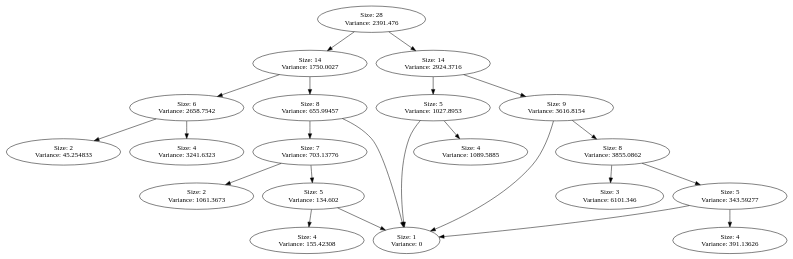
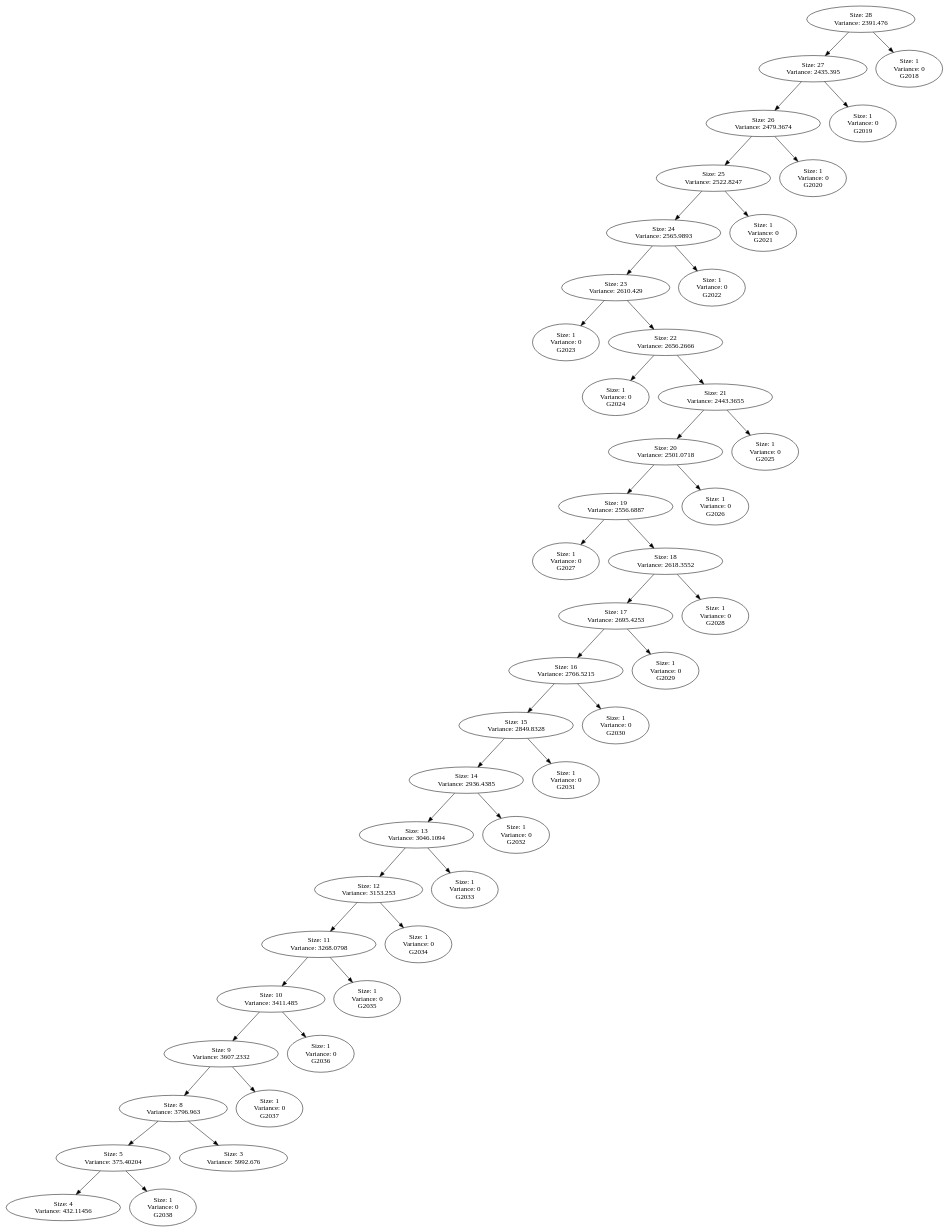
The diagram in src/dot/COCOMO81E.dot (abutcher/compass), drawn with Graphviz before and after one commit. The commit also changed 38 other files, not shown here.

```diff
--- a/src/dot/COCOMO81E.dot
+++ b/src/dot/COCOMO81E.dot
@@ -1,24 +1,46 @@
 DIGRAPH G {
-"Size: 28\nVariance: 2391.476" -> "Size: 14\nVariance: 1750.0027" L=0;
-"Size: 28\nVariance: 2391.476" -> "Size: 14\nVariance: 2924.3716" L=0;
-"Size: 14\nVariance: 1750.0027" -> "Size: 6\nVariance: 2658.7542" L=1;
-"Size: 14\nVariance: 1750.0027" -> "Size: 8\nVariance: 655.99457" L=1;
-"Size: 6\nVariance: 2658.7542" -> "Size: 2\nVariance: 45.254833" L=2;
-"Size: 6\nVariance: 2658.7542" -> "Size: 4\nVariance: 3241.6323" L=2;
-"Size: 8\nVariance: 655.99457" -> "Size: 7\nVariance: 703.13776" L=2;
-"Size: 8\nVariance: 655.99457" -> "Size: 1\nVariance: 0" L=2;
-"Size: 7\nVariance: 703.13776" -> "Size: 2\nVariance: 1061.3673" L=3;
-"Size: 7\nVariance: 703.13776" -> "Size: 5\nVariance: 134.602" L=3;
-"Size: 5\nVariance: 134.602" -> "Size: 1\nVariance: 0" L=4;
-"Size: 5\nVariance: 134.602" -> "Size: 4\nVariance: 155.42308" L=4;
-"Size: 14\nVariance: 2924.3716" -> "Size: 5\nVariance: 1027.8953" L=1;
-"Size: 14\nVariance: 2924.3716" -> "Size: 9\nVariance: 3616.8154" L=1;
-"Size: 5\nVariance: 1027.8953" -> "Size: 4\nVariance: 1089.5885" L=2;
-"Size: 5\nVariance: 1027.8953" -> "Size: 1\nVariance: 0" L=2;
-"Size: 9\nVariance: 3616.8154" -> "Size: 8\nVariance: 3855.0862" L=2;
-"Size: 9\nVariance: 3616.8154" -> "Size: 1\nVariance: 0" L=2;
-"Size: 8\nVariance: 3855.0862" -> "Size: 3\nVariance: 6101.346" L=3;
-"Size: 8\nVariance: 3855.0862" -> "Size: 5\nVariance: 343.59277" L=3;
-"Size: 5\nVariance: 343.59277" -> "Size: 4\nVariance: 391.13626" L=4;
-"Size: 5\nVariance: 343.59277" -> "Size: 1\nVariance: 0" L=4;
+"Size: 28\nVariance: 2391.476" -> "Size: 27\nVariance: 2435.395" L=0;
+"Size: 28\nVariance: 2391.476" -> "Size: 1\nVariance: 0\nG2018" L=0;
+"Size: 27\nVariance: 2435.395" -> "Size: 26\nVariance: 2479.3674" L=1;
+"Size: 27\nVariance: 2435.395" -> "Size: 1\nVariance: 0\nG2019" L=1;
+"Size: 26\nVariance: 2479.3674" -> "Size: 25\nVariance: 2522.8247" L=2;
+"Size: 26\nVariance: 2479.3674" -> "Size: 1\nVariance: 0\nG2020" L=2;
+"Size: 25\nVariance: 2522.8247" -> "Size: 24\nVariance: 2565.9893" L=3;
+"Size: 25\nVariance: 2522.8247" -> "Size: 1\nVariance: 0\nG2021" L=3;
+"Size: 24\nVariance: 2565.9893" -> "Size: 23\nVariance: 2610.429" L=4;
+"Size: 24\nVariance: 2565.9893" -> "Size: 1\nVariance: 0\nG2022" L=4;
+"Size: 23\nVariance: 2610.429" -> "Size: 1\nVariance: 0\nG2023" L=5;
+"Size: 23\nVariance: 2610.429" -> "Size: 22\nVariance: 2656.2666" L=5;
+"Size: 22\nVariance: 2656.2666" -> "Size: 1\nVariance: 0\nG2024" L=6;
+"Size: 22\nVariance: 2656.2666" -> "Size: 21\nVariance: 2443.3655" L=6;
+"Size: 21\nVariance: 2443.3655" -> "Size: 20\nVariance: 2501.0718" L=7;
+"Size: 21\nVariance: 2443.3655" -> "Size: 1\nVariance: 0\nG2025" L=7;
+"Size: 20\nVariance: 2501.0718" -> "Size: 19\nVariance: 2556.6887" L=8;
+"Size: 20\nVariance: 2501.0718" -> "Size: 1\nVariance: 0\nG2026" L=8;
+"Size: 19\nVariance: 2556.6887" -> "Size: 1\nVariance: 0\nG2027" L=9;
+"Size: 19\nVariance: 2556.6887" -> "Size: 18\nVariance: 2618.3552" L=9;
+"Size: 18\nVariance: 2618.3552" -> "Size: 17\nVariance: 2695.4253" L=10;
+"Size: 18\nVariance: 2618.3552" -> "Size: 1\nVariance: 0\nG2028" L=10;
+"Size: 17\nVariance: 2695.4253" -> "Size: 16\nVariance: 2766.5215" L=11;
+"Size: 17\nVariance: 2695.4253" -> "Size: 1\nVariance: 0\nG2029" L=11;
+"Size: 16\nVariance: 2766.5215" -> "Size: 15\nVariance: 2849.8328" L=12;
+"Size: 16\nVariance: 2766.5215" -> "Size: 1\nVariance: 0\nG2030" L=12;
+"Size: 15\nVariance: 2849.8328" -> "Size: 14\nVariance: 2936.4385" L=13;
+"Size: 15\nVariance: 2849.8328" -> "Size: 1\nVariance: 0\nG2031" L=13;
+"Size: 14\nVariance: 2936.4385" -> "Size: 13\nVariance: 3046.1094" L=14;
+"Size: 14\nVariance: 2936.4385" -> "Size: 1\nVariance: 0\nG2032" L=14;
+"Size: 13\nVariance: 3046.1094" -> "Size: 12\nVariance: 3153.253" L=15;
+"Size: 13\nVariance: 3046.1094" -> "Size: 1\nVariance: 0\nG2033" L=15;
+"Size: 12\nVariance: 3153.253" -> "Size: 11\nVariance: 3268.0798" L=16;
+"Size: 12\nVariance: 3153.253" -> "Size: 1\nVariance: 0\nG2034" L=16;
+"Size: 11\nVariance: 3268.0798" -> "Size: 10\nVariance: 3411.485" L=17;
+"Size: 11\nVariance: 3268.0798" -> "Size: 1\nVariance: 0\nG2035" L=17;
+"Size: 10\nVariance: 3411.485" -> "Size: 9\nVariance: 3607.2332" L=18;
+"Size: 10\nVariance: 3411.485" -> "Size: 1\nVariance: 0\nG2036" L=18;
+"Size: 9\nVariance: 3607.2332" -> "Size: 8\nVariance: 3796.963" L=19;
+"Size: 9\nVariance: 3607.2332" -> "Size: 1\nVariance: 0\nG2037" L=19;
+"Size: 8\nVariance: 3796.963" -> "Size: 5\nVariance: 375.40204" L=20;
+"Size: 8\nVariance: 3796.963" -> "Size: 3\nVariance: 5992.676" L=20;
+"Size: 5\nVariance: 375.40204" -> "Size: 4\nVariance: 432.11456" L=21;
+"Size: 5\nVariance: 375.40204" -> "Size: 1\nVariance: 0\nG2038" L=21;
 }
```
